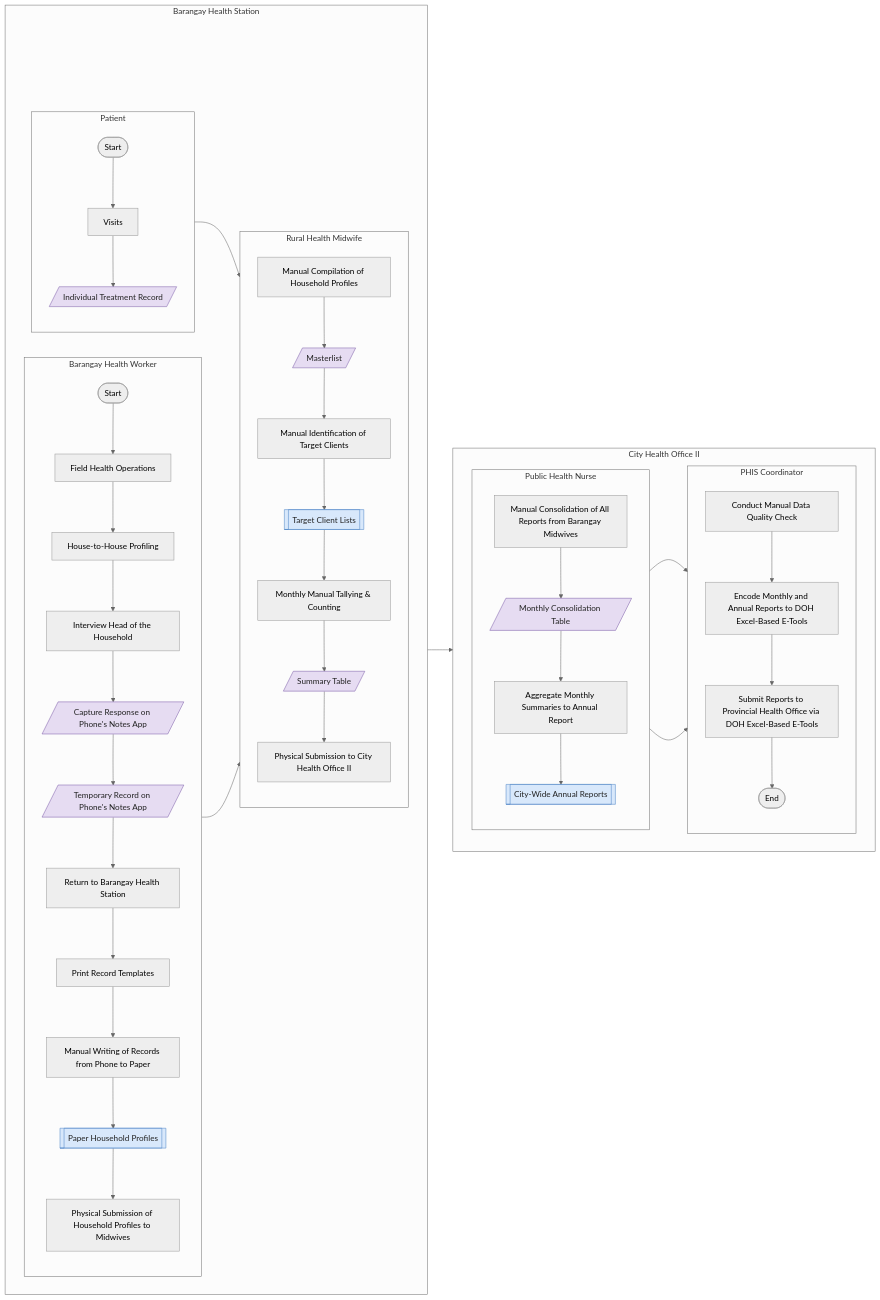
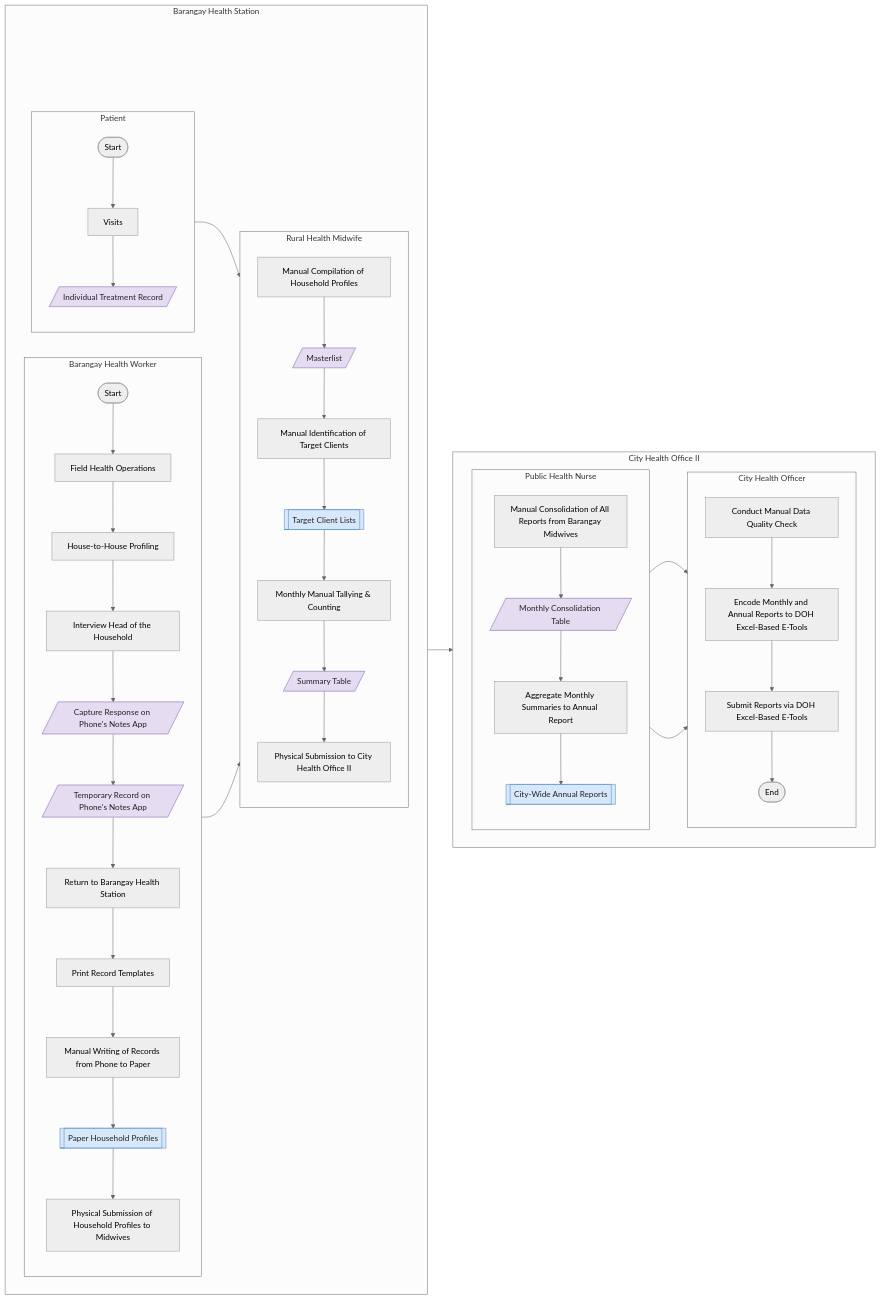
One commit to romekld/capstone changed the diagram in project-link/docs/diagrams/flowcharts/manual-fhsis-process-flowchart.md. Above: the diagram before and after it, drawn with Mermaid (neutral theme). The commit also changed 70 other files, not shown here.

````diff
--- a/project-link/docs/diagrams/flowcharts/manual-fhsis-process-flowchart.md
+++ b/project-link/docs/diagrams/flowcharts/manual-fhsis-process-flowchart.md
@@ -3,72 +3,72 @@
 ```mermaid
 flowchart LR
   %% Swimlanes by role
   subgraph BHS["Barangay Health Station"]
     direction LR
 
     subgraph BHW["Barangay Health Worker"]
       direction TB
       bhw_start([Start]) --> bhw_ops[Field Health Operations]
       bhw_ops --> bhw_profile[House-to-House Profiling]
       bhw_profile --> bhw_interview[Interview Head of the Household]
       bhw_interview --> bhw_capture[/Capture Response on Phone's Notes App/]
       bhw_capture --> bhw_temp[/Temporary Record on Phone's Notes App/]
       bhw_temp --> bhw_return[Return to Barangay Health Station]
       bhw_return --> bhw_print[Print Record Templates]
       bhw_print --> bhw_write[Manual Writing of Records from Phone to Paper]
       bhw_write --> bhw_paper[[Paper Household Profiles]]
       bhw_paper --> bhw_submit[Physical Submission of Household Profiles to Midwives]
     end
 
     subgraph RHM["Rural Health Midwife"]
       direction TB
       rhm_compile[Manual Compilation of Household Profiles] --> rhm_master[/Masterlist/]
       rhm_master --> rhm_identify[Manual Identification of Target Clients]
       rhm_identify --> rhm_targets[[Target Client Lists]]
       rhm_targets --> rhm_tally[Monthly Manual Tallying & Counting]
       rhm_tally --> rhm_summary[/Summary Table/]
       rhm_summary --> rhm_submit[Physical Submission to City Health Office II]
     end
 
     subgraph PAT["Patient"]
       direction TB
       pat_start([Start]) --> pat_visits[Visits]
       pat_visits --> pat_itr[/Individual Treatment Record/]
     end
   end
 
   subgraph CHO2["City Health Office II"]
     direction LR
 
     subgraph PHN["Public Health Nurse"]
       direction TB
       phn_consolidate[Manual Consolidation of All Reports from Barangay Midwives]
       phn_consolidate --> phn_monthly[/Monthly Consolidation Table/]
       phn_monthly --> phn_aggregate[Aggregate Monthly Summaries to Annual Report]
       phn_aggregate --> phn_annual[[City-Wide Annual Reports]]
     end
 
-    subgraph PHIS["PHIS Coordinator"]
+    subgraph CHO["City Health Officer"]
       direction TB
-      phis_qc[Conduct Manual Data Quality Check]
-      phis_qc --> phis_encode[Encode Monthly and Annual Reports to DOH Excel-Based E-Tools]
-      phis_encode --> phis_submit[Submit Reports to Provincial Health Office via DOH Excel-Based E-Tools]
-      phis_submit --> phis_end([End])
+      cho_qc[Conduct Manual Data Quality Check]
+      cho_qc --> cho_encode[Encode Monthly and Annual Reports to DOH Excel-Based E-Tools]
+      cho_encode --> cho_submit[Submit Reports via DOH Excel-Based E-Tools]
+      cho_submit --> cho_end([End])
     end
   end
 
   %% Cross-lane handoffs
   bhw_submit --> rhm_compile
   pat_itr --> rhm_targets
   rhm_submit --> phn_consolidate
-  phn_monthly --> phis_qc
-  phn_annual --> phis_qc
+  phn_monthly --> cho_qc
+  phn_annual --> cho_qc
 
   %% Visual grouping by artifact type (optional)
   classDef form fill:#efe7c6,stroke:#7a6a2a,color:#222;
   classDef note fill:#e6dcf2,stroke:#7a5aa6,color:#222;
   classDef doc fill:#d8e8fb,stroke:#4b83c6,color:#222;
 
   class rhm_master,rhm_summary,pat_itr,phn_monthly,bhw_capture,bhw_temp note;
   class rhm_targets,phn_annual,bhw_paper doc;
 ```
````
